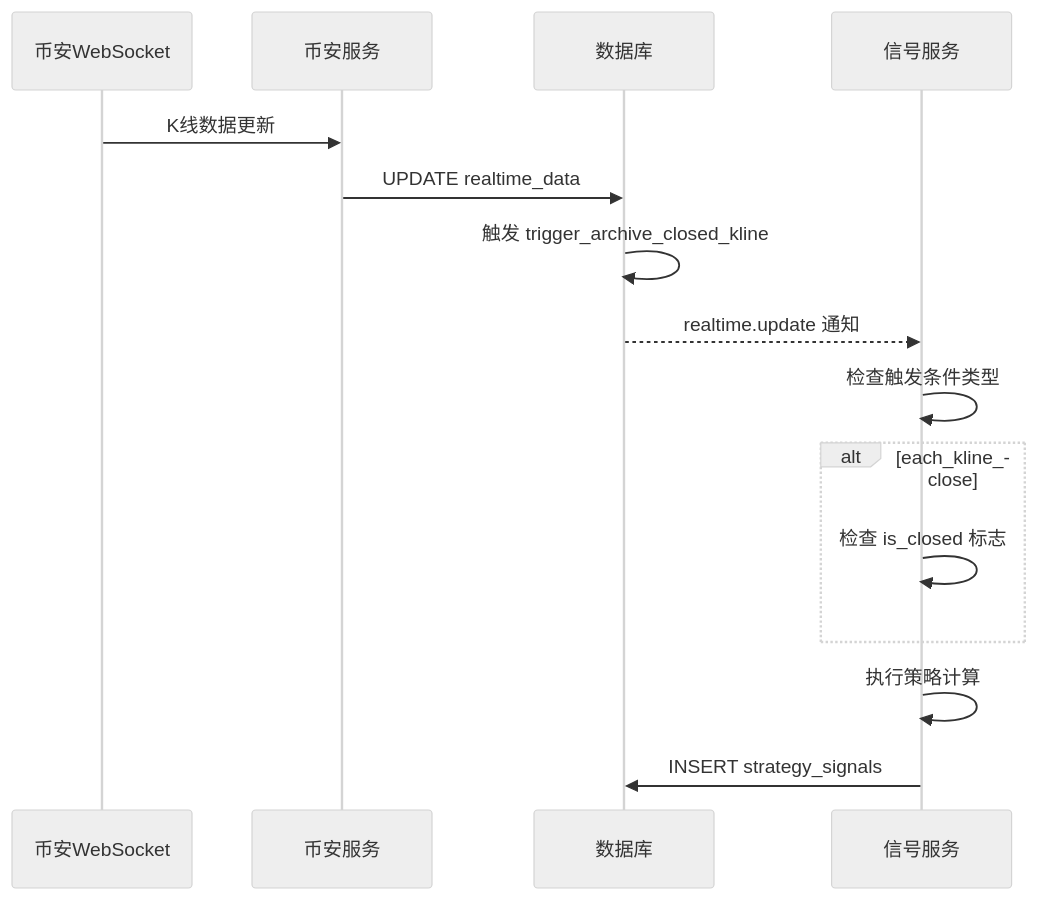
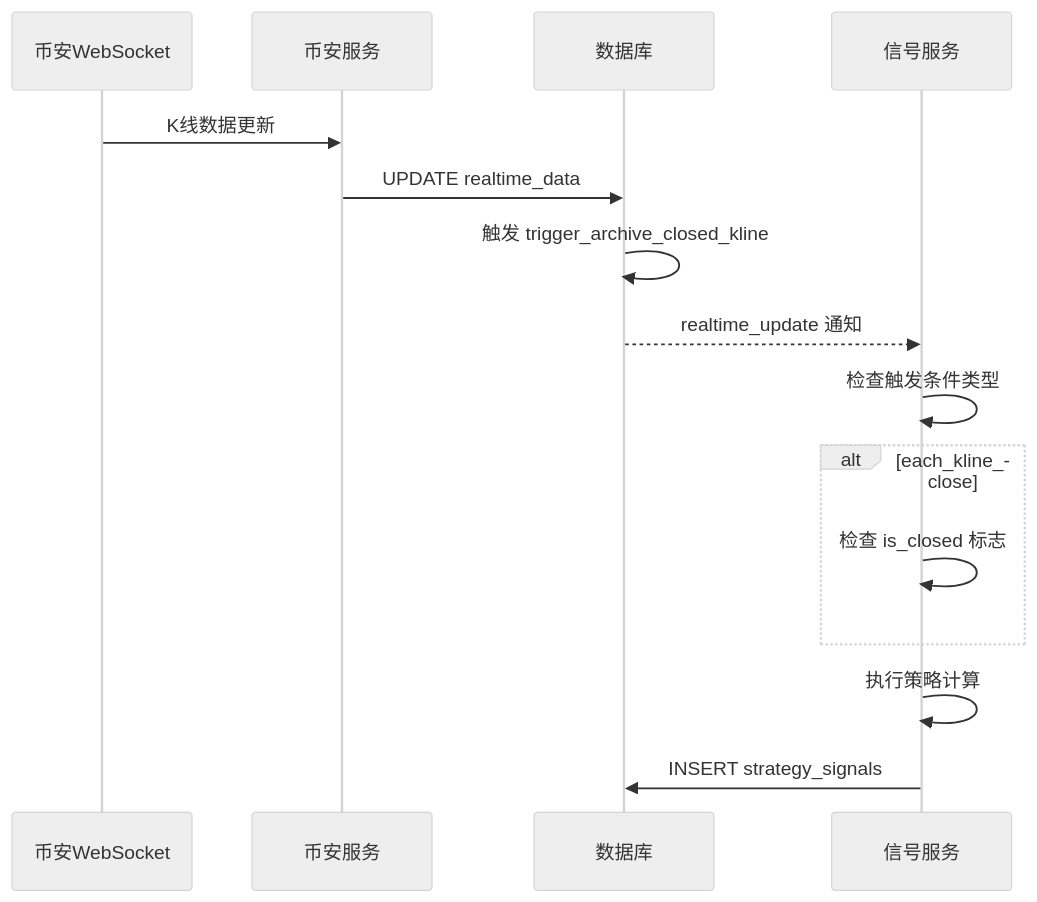
The second of 2 diagrams in docs/backend/design/06-alert-service.md (mj2154/quant-trading-system-2602), drawn with Mermaid (neutral theme) before and after one commit. The commit also changed other lines of this file and 32 other files, not shown here.

````diff
--- a/docs/backend/design/06-alert-service.md
+++ b/docs/backend/design/06-alert-service.md
@@ -527,22 +527,22 @@
 ```mermaid
 sequenceDiagram
     participant WS as 币安WebSocket
     participant BN as 币安服务
     participant DB as 数据库
     participant Sig as 信号服务
 
     WS->>BN: K线数据更新
     BN->>DB: UPDATE realtime_data
     DB->>DB: 触发 trigger_archive_closed_kline
 
-    DB-->>Sig: realtime.update 通知
+    DB-->>Sig: realtime_update 通知
 
     Sig->>Sig: 检查触发条件类型
 
     alt each_kline_close
         Sig->>Sig: 检查 is_closed 标志
     end
 
     Sig->>Sig: 执行策略计算
     Sig->>DB: INSERT strategy_signals
 ```
````
